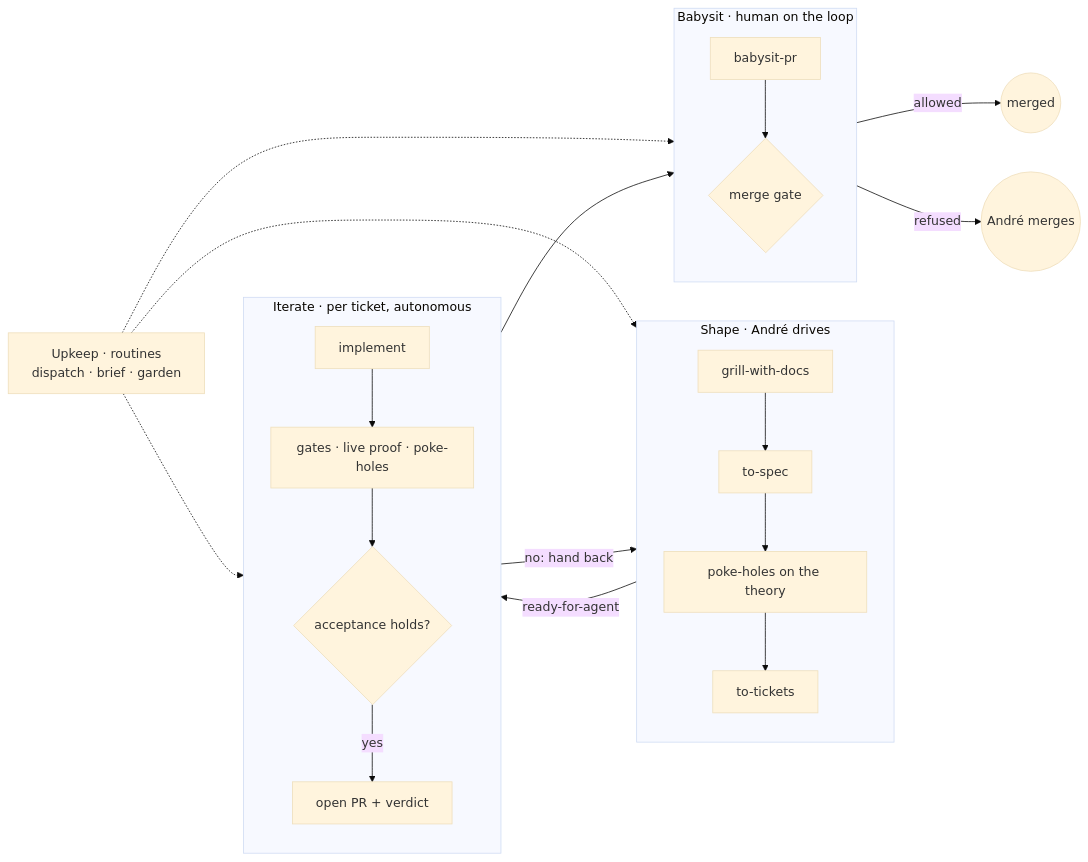
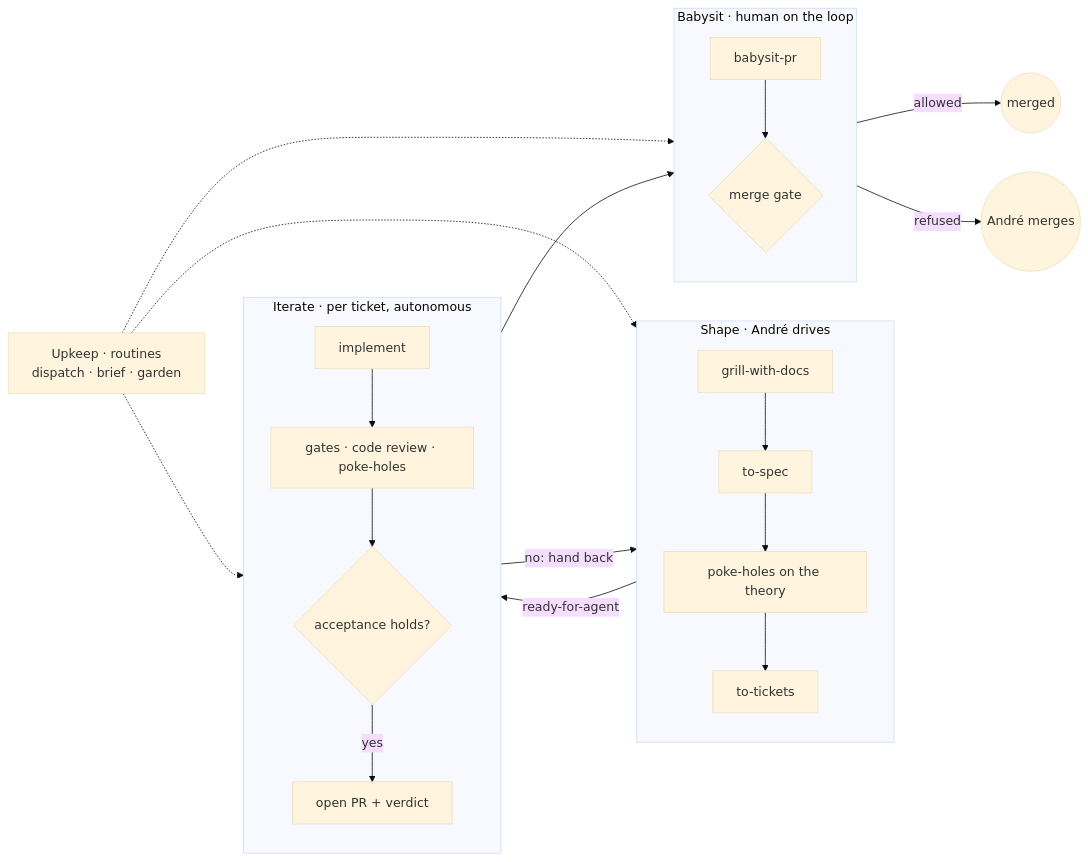
Before and after one commit to andrezzoid/config: the first of 3 diagrams in docs/factory/DESIGN.md, drawn with Mermaid (base theme). The commit also changed other lines of this file and 3 other files, not shown here.

First line of the commit message:
Review code before proving it, in contexts the author can't steer

````diff
--- a/docs/factory/DESIGN.md
+++ b/docs/factory/DESIGN.md
@@ -12,24 +12,24 @@
 ```mermaid
 flowchart LR
   subgraph Shape["Shape · André drives"]
     direction TB
     G[grill-with-docs] --> S[to-spec] --> P1[poke-holes on the theory] --> T[to-tickets]
   end
   subgraph Iterate["Iterate · per ticket, autonomous"]
     direction TB
-    I[implement] --> V[gates · live proof · poke-holes] --> D{acceptance holds?}
+    I[implement] --> V[gates · code review · poke-holes] --> D{acceptance holds?}
     D -- yes --> PR[open PR + verdict]
   end
   subgraph Babysit["Babysit · human on the loop"]
     direction TB
     B[babysit-pr] --> M{merge gate}
   end
   Shape -- "ready-for-agent" --> Iterate
   D -- "no: hand back" --> Shape
   PR --> Babysit
   M -- "allowed" --> Merged((merged))
   M -- "refused" --> Human((André merges))
   Upkeep["Upkeep · routines<br/>dispatch · brief · garden"] -.-> Shape
   Upkeep -.-> Iterate
   Upkeep -.-> Babysit
 ```
````
